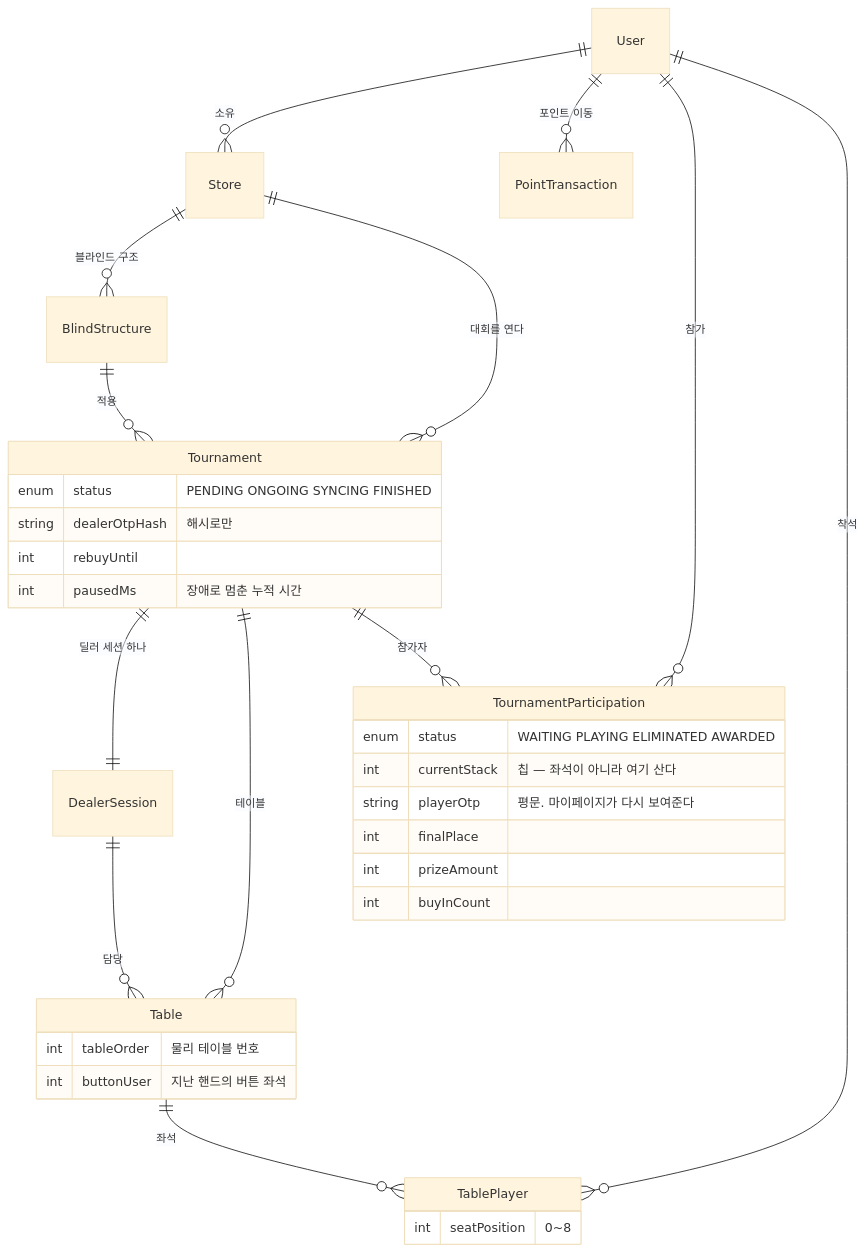
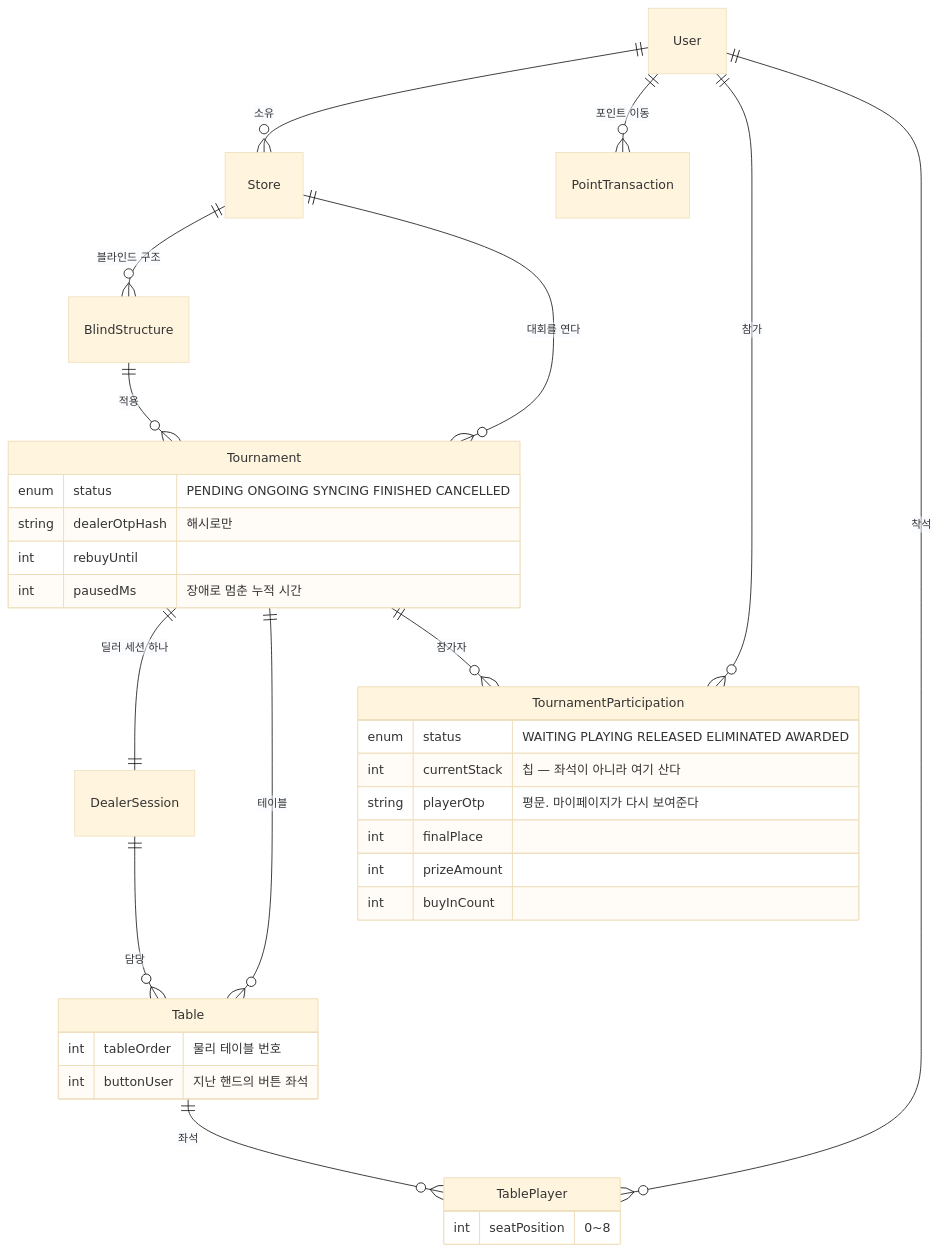
One commit to GUNW-O-O/playsync-V2 changed the fourth of 4 diagrams in README.md. Above: the diagram before and after it, drawn with Mermaid (base theme). The commit also changed other lines of this file and 2 other files, not shown here.

````diff
--- a/README.md
+++ b/README.md
@@ -686,39 +696,39 @@
 ```mermaid
 erDiagram
   User ||--o{ Store : "소유"
   User ||--o{ PointTransaction : "포인트 이동"
   User ||--o{ TournamentParticipation : "참가"
   User ||--o{ TablePlayer : "착석"
 
   Store ||--o{ BlindStructure : "블라인드 구조"
   Store ||--o{ Tournament : "대회를 연다"
   BlindStructure ||--o{ Tournament : "적용"
 
   Tournament ||--|| DealerSession : "딜러 세션 하나"
   Tournament ||--o{ Table : "테이블"
   Tournament ||--o{ TournamentParticipation : "참가자"
   DealerSession ||--o{ Table : "담당"
   Table ||--o{ TablePlayer : "좌석"
 
   TournamentParticipation {
-    enum   status "WAITING PLAYING ELIMINATED AWARDED"
+    enum   status "WAITING PLAYING RELEASED ELIMINATED AWARDED"
     int    currentStack "칩 — 좌석이 아니라 여기 산다"
     string playerOtp "평문. 마이페이지가 다시 보여준다"
     int    finalPlace
     int    prizeAmount
     int    buyInCount
   }
   TablePlayer {
     int seatPosition "0~8"
   }
   Table {
     int tableOrder "물리 테이블 번호"
     int buttonUser "지난 핸드의 버튼 좌석"
   }
   Tournament {
-    enum   status "PENDING ONGOING SYNCING FINISHED"
+    enum   status "PENDING ONGOING SYNCING FINISHED CANCELLED"
     string dealerOtpHash "해시로만"
     int    rebuyUntil
     int    pausedMs "장애로 멈춘 누적 시간"
   }
 ```
````
